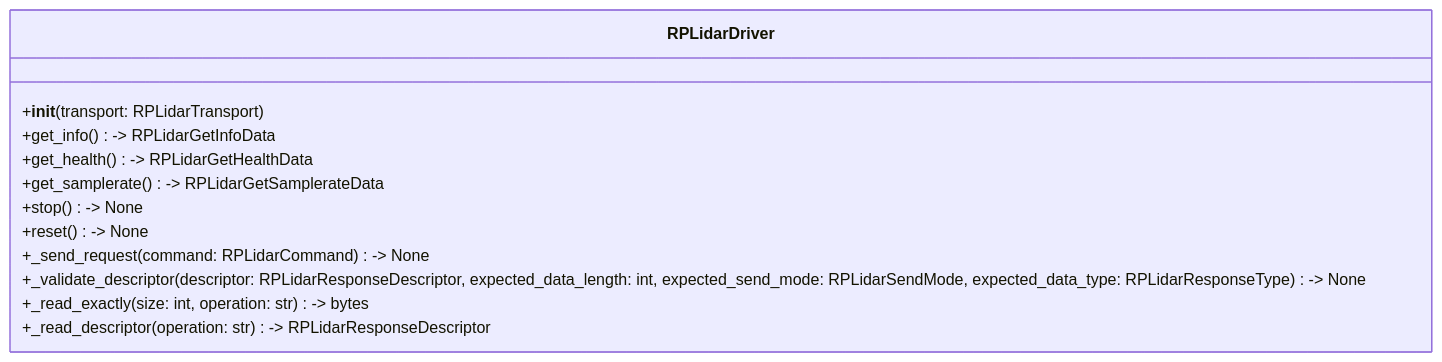
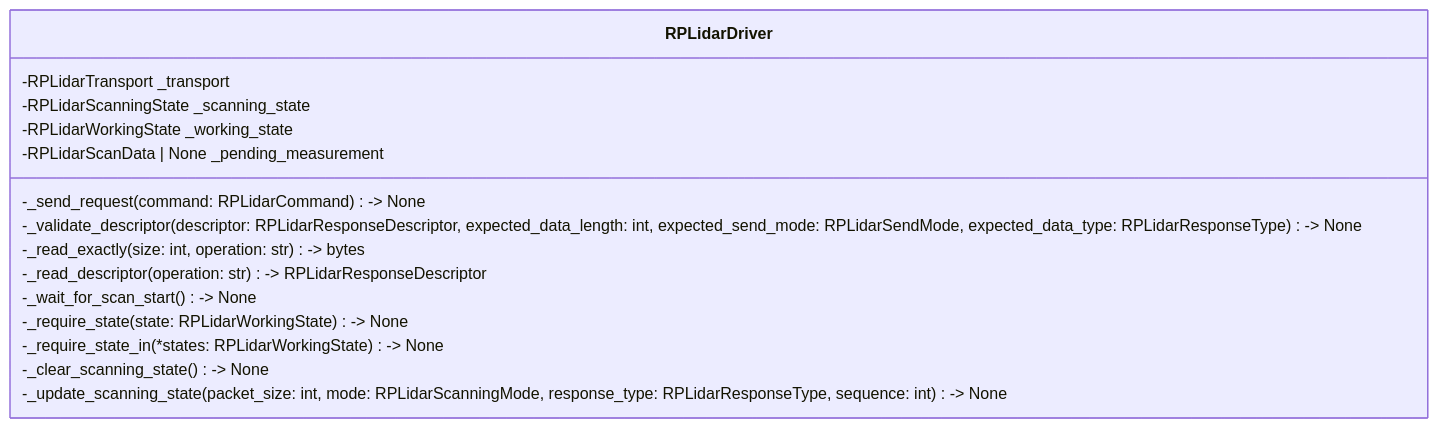
Before and after one commit to salas89jl/py-rtrpp: the second of 5 diagrams in docs/api/driver.md, drawn with Mermaid. The commit also changed other lines of this file and 8 other files, not shown here.

Commit message:
feat(rplidar): Add invariant states and recovery policies

````diff
--- a/docs/api/driver.md
+++ b/docs/api/driver.md
@@ -33,15 +66,19 @@
 ```mermaid
 classDiagram
     class RPLidarDriver {
-        +__init__(transport: RPLidarTransport)
-        +get_info() -> RPLidarGetInfoData
-        +get_health() -> RPLidarGetHealthData
-        +get_samplerate() -> RPLidarGetSamplerateData
-        +stop() -> None
-        +reset() -> None
-        +_send_request(command: RPLidarCommand) -> None
-        +_validate_descriptor(descriptor: RPLidarResponseDescriptor, expected_data_length: int, expected_send_mode: RPLidarSendMode, expected_data_type: RPLidarResponseType) -> None
-        +_read_exactly(size: int, operation: str) -> bytes
-        +_read_descriptor(operation: str) -> RPLidarResponseDescriptor
+        -RPLidarTransport _transport
+        -RPLidarScanningState _scanning_state
+        -RPLidarWorkingState _working_state
+        -RPLidarScanData | None _pending_measurement
+
+        -_send_request(command: RPLidarCommand) -> None
+        -_validate_descriptor(descriptor: RPLidarResponseDescriptor, expected_data_length: int, expected_send_mode: RPLidarSendMode, expected_data_type: RPLidarResponseType) -> None
+        -_read_exactly(size: int, operation: str) -> bytes
+        -_read_descriptor(operation: str) -> RPLidarResponseDescriptor
+        -_wait_for_scan_start() -> None
+        -_require_state(state: RPLidarWorkingState) -> None
+        -_require_state_in(*states: RPLidarWorkingState) -> None
+        -_clear_scanning_state() -> None
+        -_update_scanning_state(packet_size: int, mode: RPLidarScanningMode, response_type: RPLidarResponseType, sequence: int) -> None 
     }
 ```
````
